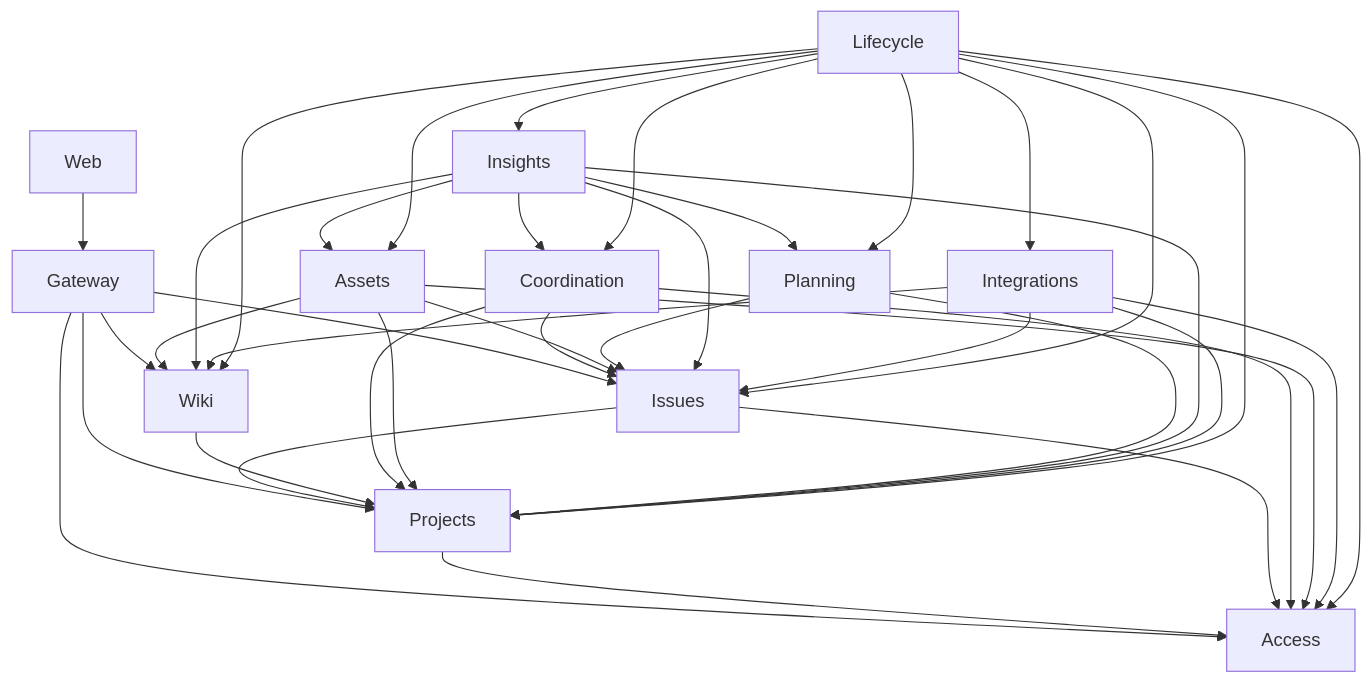
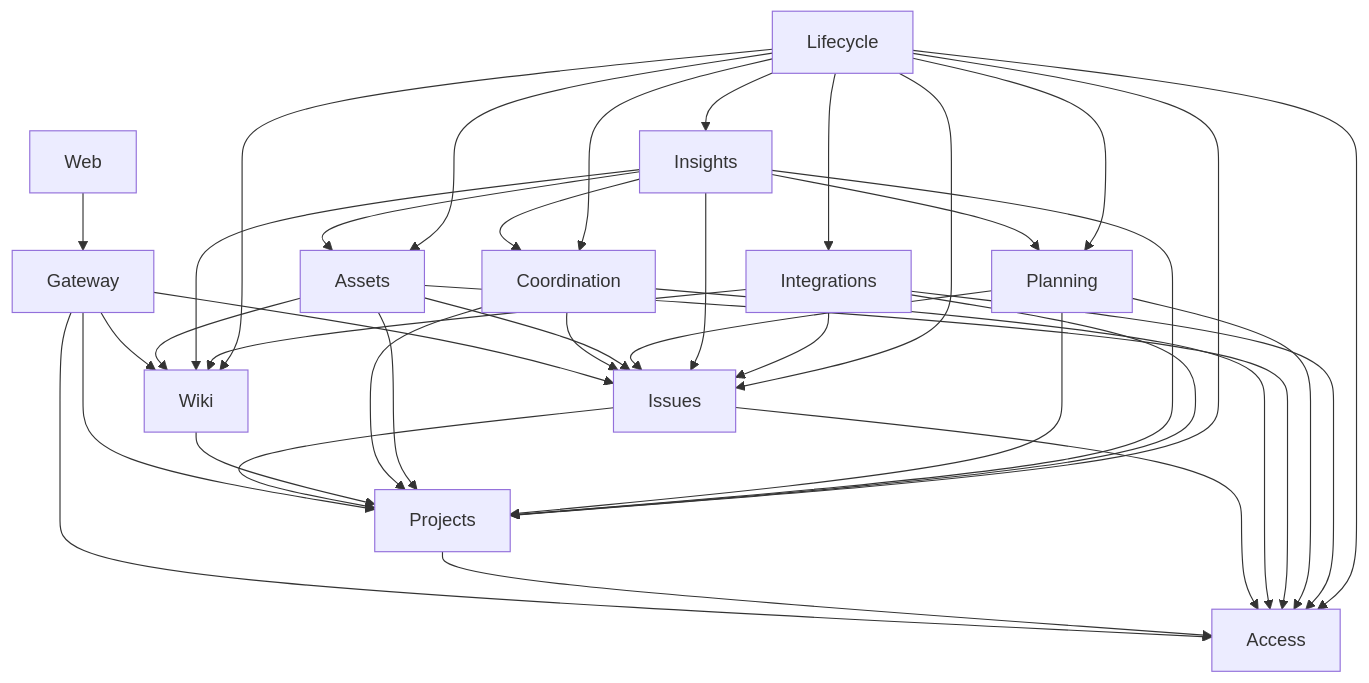
The diagram in docs/architecture/rewrite-plan.md (cer12u/projektor), drawn with Mermaid before and after one commit. The commit also changed other lines of this file and 16 other files, not shown here.

````diff
--- a/docs/architecture/rewrite-plan.md
+++ b/docs/architecture/rewrite-plan.md
@@ -135,40 +135,41 @@
 ```mermaid
 flowchart TD
   Web --> Gateway
   Gateway --> Access
   Gateway --> Projects
   Gateway --> Issues
   Gateway --> Wiki
   Projects --> Access
   Issues --> Projects
   Issues --> Access
   Wiki --> Projects
   Coordination --> Issues
   Coordination --> Projects
   Coordination --> Access
   Assets --> Issues
   Assets --> Wiki
   Assets --> Projects
   Assets --> Access
   Planning --> Issues
   Planning --> Projects
+  Planning --> Access
   Insights --> Coordination
   Insights --> Planning
   Insights --> Assets
   Insights --> Issues
   Insights --> Wiki
   Insights --> Projects
   Integrations --> Issues
   Integrations --> Wiki
   Integrations --> Projects
   Integrations --> Access
   Lifecycle --> Integrations
   Lifecycle --> Insights
   Lifecycle --> Assets
   Lifecycle --> Coordination
   Lifecycle --> Planning
   Lifecycle --> Issues
   Lifecycle --> Wiki
   Lifecycle --> Projects
   Lifecycle --> Access
 ```
````
